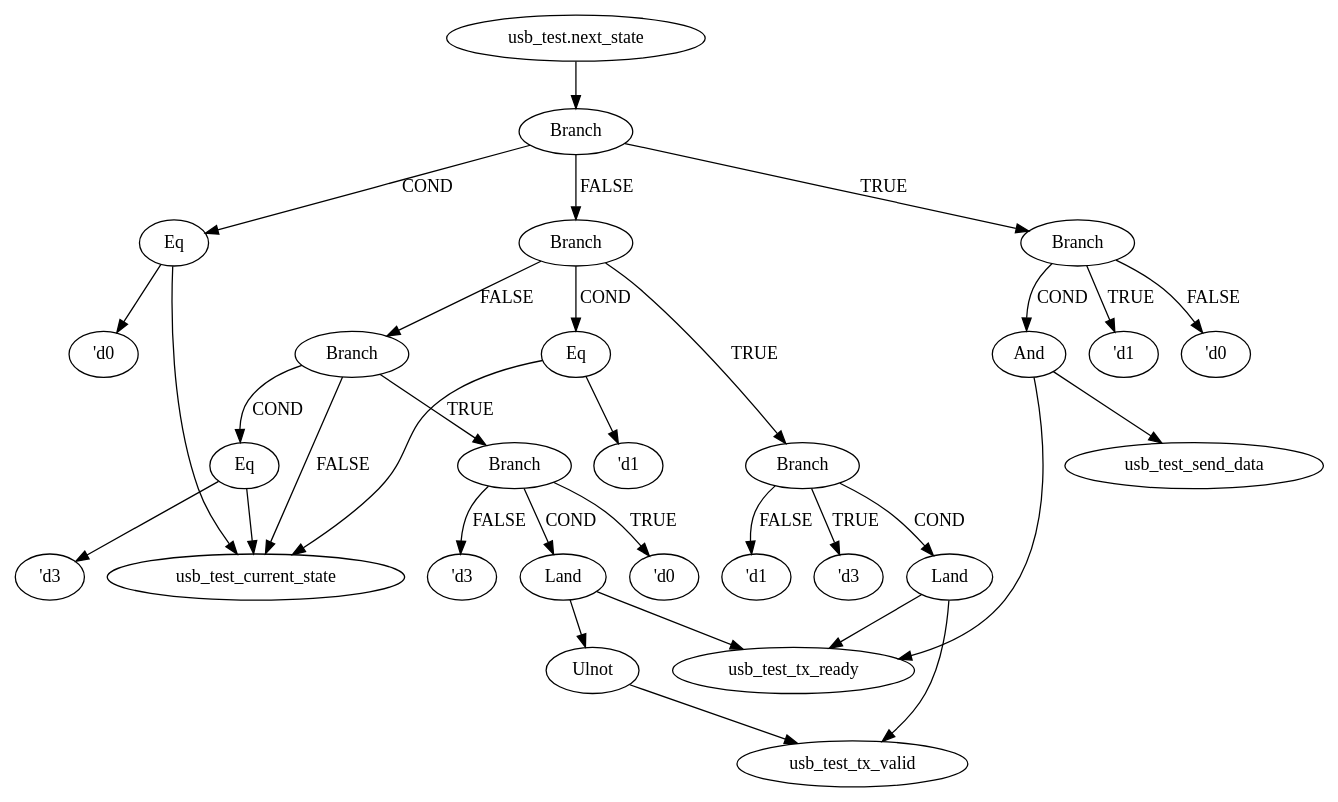
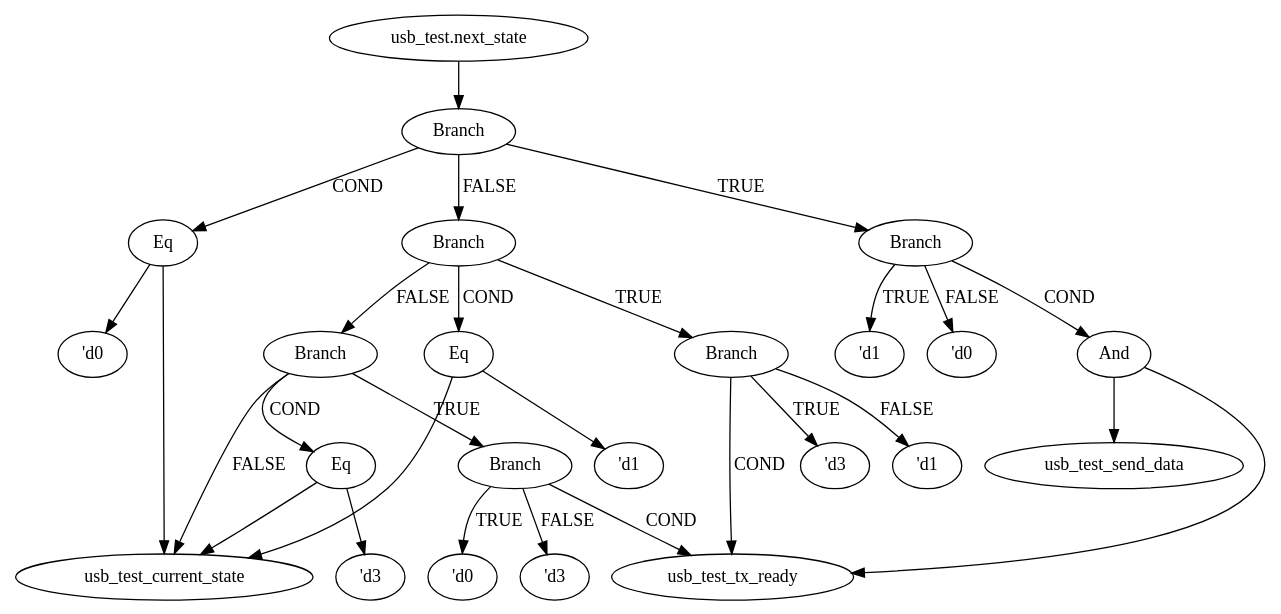
One commit to vnay01/MasterThesis changed the diagram in usb_test.dot. Above: the diagram before and after it, drawn with Graphviz. The commit also changed 7 other files, not shown here.

```diff
--- a/usb_test.dot
+++ b/usb_test.dot
@@ -1,103 +1,91 @@
 strict digraph "" {
 	node [label="\N"];
 	"usb_test.next_state_graphrename_0"	[color=black,
 		label="usb_test.next_state"];
 	Branch_graphrename_1	[color=black,
 		label=Branch];
 	"usb_test.next_state_graphrename_0" -> Branch_graphrename_1	[color=black];
 	Eq_graphrename_2	[color=black,
 		label=Eq];
 	Branch_graphrename_1 -> Eq_graphrename_2	[color=black,
 		label=COND];
 	Branch_graphrename_4	[color=black,
 		label=Branch];
 	Branch_graphrename_1 -> Branch_graphrename_4	[color=black,
 		label=TRUE];
 	Branch_graphrename_8	[color=black,
 		label=Branch];
 	Branch_graphrename_1 -> Branch_graphrename_8	[color=black,
 		label=FALSE];
 	usb_test_current_state	[color=black];
 	Eq_graphrename_2 -> usb_test_current_state	[color=black];
 	"'d0_graphrename_3"	[color=black,
 		label="'d0"];
 	Eq_graphrename_2 -> "'d0_graphrename_3"	[color=black];
 	And_graphrename_5	[color=black,
 		label=And];
 	Branch_graphrename_4 -> And_graphrename_5	[color=black,
 		label=COND];
 	"'d1_graphrename_6"	[color=black,
 		label="'d1"];
 	Branch_graphrename_4 -> "'d1_graphrename_6"	[color=black,
 		label=TRUE];
 	"'d0_graphrename_7"	[color=black,
 		label="'d0"];
 	Branch_graphrename_4 -> "'d0_graphrename_7"	[color=black,
 		label=FALSE];
 	usb_test_send_data	[color=black];
 	And_graphrename_5 -> usb_test_send_data	[color=black];
 	usb_test_tx_ready	[color=black];
 	And_graphrename_5 -> usb_test_tx_ready	[color=black];
 	Eq_graphrename_9	[color=black,
 		label=Eq];
 	Branch_graphrename_8 -> Eq_graphrename_9	[color=black,
 		label=COND];
 	Branch_graphrename_11	[color=black,
 		label=Branch];
 	Branch_graphrename_8 -> Branch_graphrename_11	[color=black,
 		label=TRUE];
-	Branch_graphrename_15	[color=black,
+	Branch_graphrename_14	[color=black,
 		label=Branch];
-	Branch_graphrename_8 -> Branch_graphrename_15	[color=black,
+	Branch_graphrename_8 -> Branch_graphrename_14	[color=black,
 		label=FALSE];
 	Eq_graphrename_9 -> usb_test_current_state	[color=black];
 	"'d1_graphrename_10"	[color=black,
 		label="'d1"];
 	Eq_graphrename_9 -> "'d1_graphrename_10"	[color=black];
-	Land_graphrename_12	[color=black,
-		label=Land];
-	Branch_graphrename_11 -> Land_graphrename_12	[color=black,
+	Branch_graphrename_11 -> usb_test_tx_ready	[color=black,
 		label=COND];
-	"'d3_graphrename_13"	[color=black,
+	"'d3_graphrename_12"	[color=black,
 		label="'d3"];
-	Branch_graphrename_11 -> "'d3_graphrename_13"	[color=black,
+	Branch_graphrename_11 -> "'d3_graphrename_12"	[color=black,
 		label=TRUE];
-	"'d1_graphrename_14"	[color=black,
+	"'d1_graphrename_13"	[color=black,
 		label="'d1"];
-	Branch_graphrename_11 -> "'d1_graphrename_14"	[color=black,
+	Branch_graphrename_11 -> "'d1_graphrename_13"	[color=black,
 		label=FALSE];
-	Land_graphrename_12 -> usb_test_tx_ready	[color=black];
-	usb_test_tx_valid	[color=black];
-	Land_graphrename_12 -> usb_test_tx_valid	[color=black];
-	Branch_graphrename_15 -> usb_test_current_state	[color=black,
+	Branch_graphrename_14 -> usb_test_current_state	[color=black,
 		label=FALSE];
-	Eq_graphrename_16	[color=black,
+	Eq_graphrename_15	[color=black,
 		label=Eq];
-	Branch_graphrename_15 -> Eq_graphrename_16	[color=black,
+	Branch_graphrename_14 -> Eq_graphrename_15	[color=black,
 		label=COND];
-	Branch_graphrename_18	[color=black,
+	Branch_graphrename_17	[color=black,
 		label=Branch];
-	Branch_graphrename_15 -> Branch_graphrename_18	[color=black,
+	Branch_graphrename_14 -> Branch_graphrename_17	[color=black,
 		label=TRUE];
-	Eq_graphrename_16 -> usb_test_current_state	[color=black];
-	"'d3_graphrename_17"	[color=black,
+	Eq_graphrename_15 -> usb_test_current_state	[color=black];
+	"'d3_graphrename_16"	[color=black,
 		label="'d3"];
-	Eq_graphrename_16 -> "'d3_graphrename_17"	[color=black];
-	Land_graphrename_19	[color=black,
-		label=Land];
-	Branch_graphrename_18 -> Land_graphrename_19	[color=black,
+	Eq_graphrename_15 -> "'d3_graphrename_16"	[color=black];
+	Branch_graphrename_17 -> usb_test_tx_ready	[color=black,
 		label=COND];
-	"'d0_graphrename_21"	[color=black,
+	"'d0_graphrename_18"	[color=black,
 		label="'d0"];
-	Branch_graphrename_18 -> "'d0_graphrename_21"	[color=black,
+	Branch_graphrename_17 -> "'d0_graphrename_18"	[color=black,
 		label=TRUE];
-	"'d3_graphrename_22"	[color=black,
+	"'d3_graphrename_19"	[color=black,
 		label="'d3"];
-	Branch_graphrename_18 -> "'d3_graphrename_22"	[color=black,
+	Branch_graphrename_17 -> "'d3_graphrename_19"	[color=black,
 		label=FALSE];
-	Land_graphrename_19 -> usb_test_tx_ready	[color=black];
-	Ulnot_graphrename_20	[color=black,
-		label=Ulnot];
-	Land_graphrename_19 -> Ulnot_graphrename_20	[color=black];
-	Ulnot_graphrename_20 -> usb_test_tx_valid	[color=black];
 }
```
